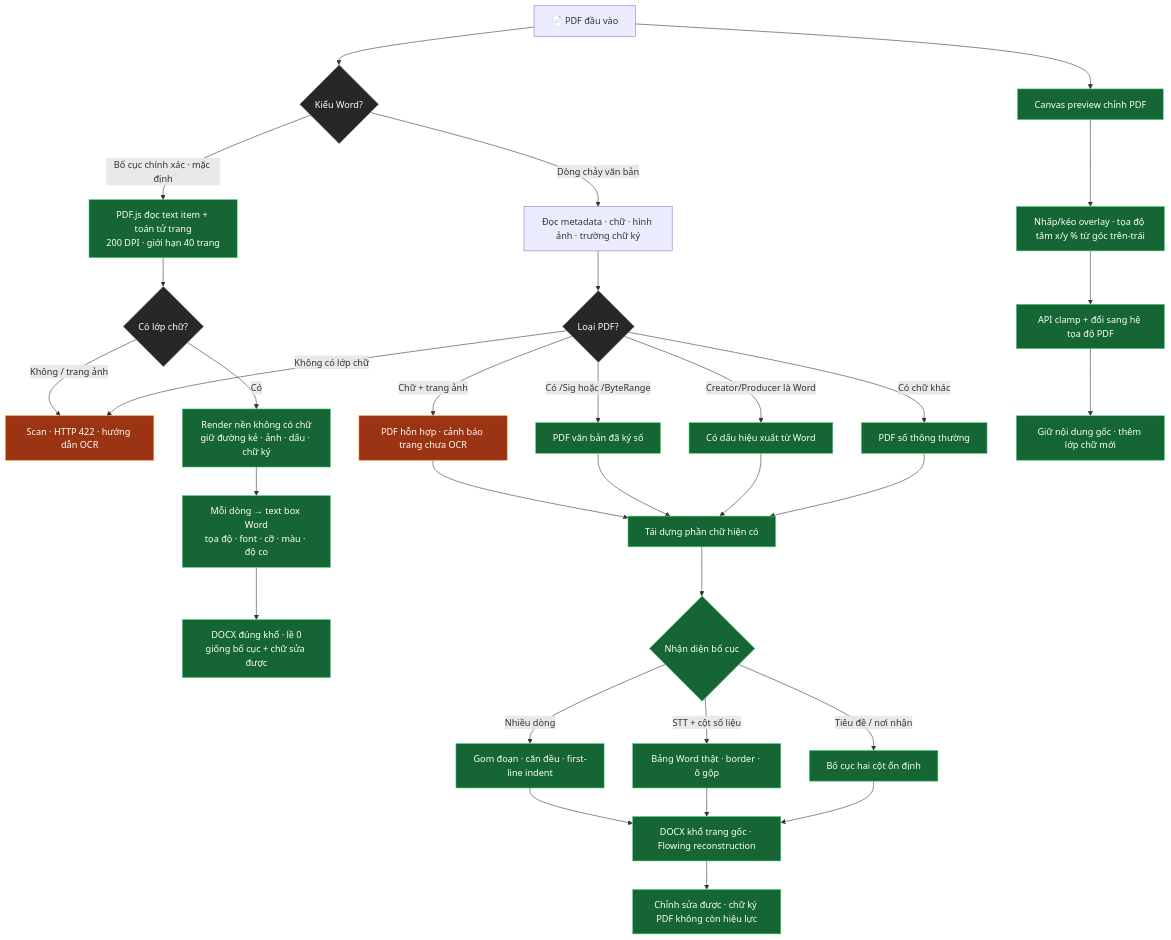
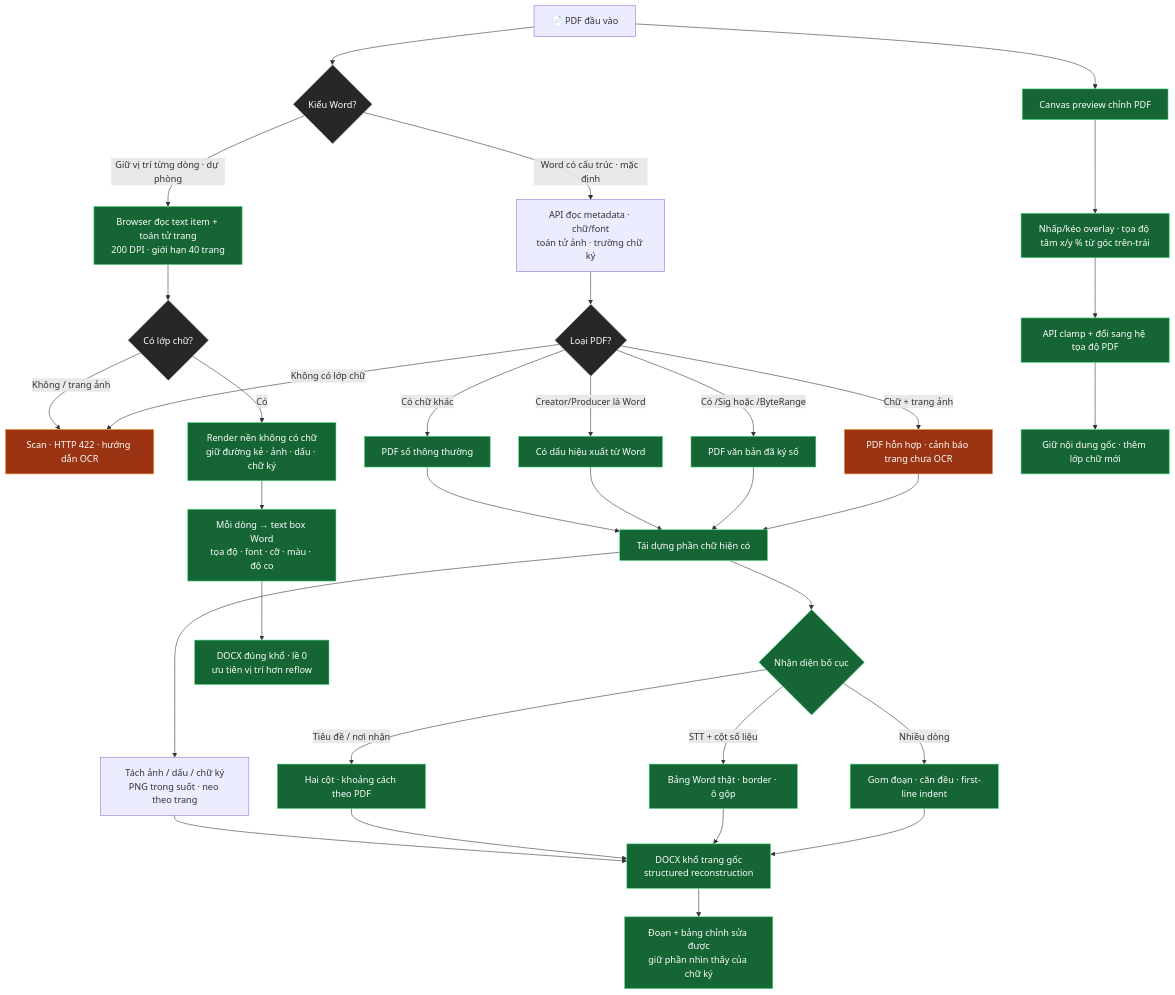
One commit to phamcongdanh98/Web-tool-ALL changed the fourth of 5 diagrams in DIAGRAMS.md. Above: the diagram before and after it, drawn with Mermaid. The commit also changed other lines of this file and 7 other files, not shown here.

Commit message:
Refactor PDF-to-Word conversion around structured DOCX output

````diff
--- a/DIAGRAMS.md
+++ b/DIAGRAMS.md
@@ -101,41 +101,44 @@
 ```mermaid
 flowchart TD
     F["📄 PDF đầu vào"] --> Z{"Kiểu Word?"}
-    Z -->|"Bố cục chính xác · mặc định"| E["PDF.js đọc text item + toán tử trang<br/>200 DPI · giới hạn 40 trang"]
-    E --> K0{"Có lớp chữ?"}
-    K0 -->|"Không / trang ảnh"| S["Scan · hướng dẫn OCR"]
-    K0 -->|"Có"| I["Render nền không có chữ<br/>giữ đường kẻ · ảnh · dấu · chữ ký"]
-    I --> J["Mỗi dòng → text box Word<br/>tọa độ · font · cỡ · màu · độ co"]
-    J --> Y["DOCX đúng khổ · lề 0<br/>giống bố cục + chữ sửa được"]
-    Z -->|"Dòng chảy văn bản"| M["Đọc metadata · chữ · hình ảnh · trường chữ ký"]
+    Z -->|"Word có cấu trúc · mặc định"| M["API đọc metadata · chữ/font<br/>toán tử ảnh · trường chữ ký"]
     M --> K{"Loại PDF?"}
     K -->|"Không có lớp chữ"| S["Scan · HTTP 422 · hướng dẫn OCR"]
     K -->|"Chữ + trang ảnh"| H["PDF hỗn hợp · cảnh báo trang chưa OCR"]
     K -->|"Có /Sig hoặc /ByteRange"| V["PDF văn bản đã ký số"]
     K -->|"Creator/Producer là Word"| W["Có dấu hiệu xuất từ Word"]
     K -->|"Có chữ khác"| D["PDF số thông thường"]
     H --> R["Tái dựng phần chữ hiện có"]
     V --> R
     W --> R
     D --> R
+    R --> GL["Tách ảnh / dấu / chữ ký<br/>PNG trong suốt · neo theo trang"]
     R --> T{"Nhận diện bố cục"}
     T -->|"Nhiều dòng"| B["Gom đoạn · căn đều · first-line indent"]
     T -->|"STT + cột số liệu"| Q["Bảng Word thật · border · ô gộp"]
-    T -->|"Tiêu đề / nơi nhận"| X["Bố cục hai cột ổn định"]
-    B --> O["DOCX khổ trang gốc · Flowing reconstruction"]
+    T -->|"Tiêu đề / nơi nhận"| X["Hai cột · khoảng cách theo PDF"]
+    B --> O["DOCX khổ trang gốc<br/>structured reconstruction"]
     Q --> O
     X --> O
-    O --> C["Chỉnh sửa được · chữ ký PDF không còn hiệu lực"]
+    GL --> O
+    O --> C["Đoạn + bảng chỉnh sửa được<br/>giữ phần nhìn thấy của chữ ký"]
+
+    Z -->|"Giữ vị trí từng dòng · dự phòng"| E["Browser đọc text item + toán tử trang<br/>200 DPI · giới hạn 40 trang"]
+    E --> K0{"Có lớp chữ?"}
+    K0 -->|"Không / trang ảnh"| S
+    K0 -->|"Có"| I["Render nền không có chữ<br/>giữ đường kẻ · ảnh · dấu · chữ ký"]
+    I --> J["Mỗi dòng → text box Word<br/>tọa độ · font · cỡ · màu · độ co"]
+    J --> Y["DOCX đúng khổ · lề 0<br/>ưu tiên vị trí hơn reflow"]
 
     F --> P["Canvas preview chỉnh PDF"]
     P --> G["Nhấp/kéo overlay · tọa độ tâm x/y % từ góc trên-trái"]
     G --> A["API clamp + đổi sang hệ tọa độ PDF"]
     A --> L["Giữ nội dung gốc · thêm lớp chữ mới"]
 
     classDef decision fill:#27272a,stroke:#a1a1aa,color:#fff;
     classDef warn fill:#9a3412,stroke:#fb923c,color:#fff;
     classDef ok fill:#166534,stroke:#4ade80,color:#fff;
     class Z,K0,K decision;
     class S,H warn;
     class E,I,J,Y,V,W,D,R,T,B,Q,X,O,C,P,G,A,L ok;
 ```
````
